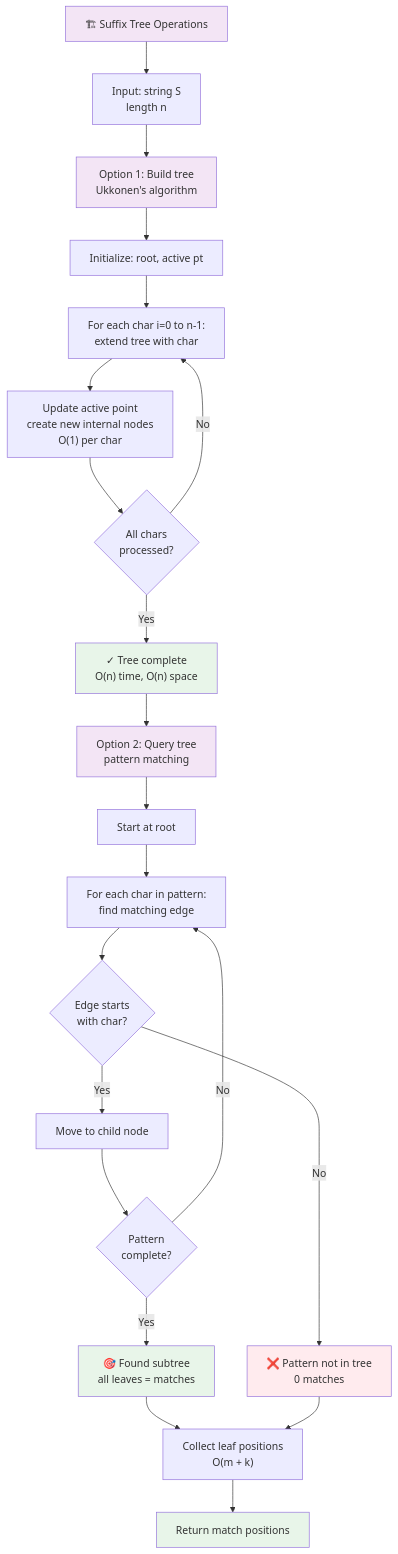
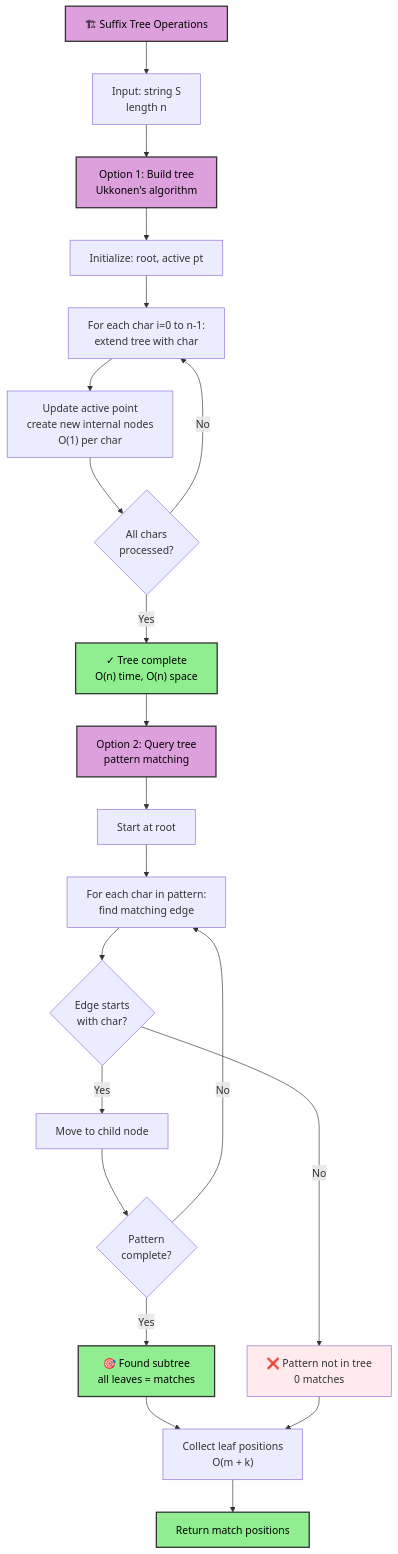
One commit to souradeepta/interviewprep changed the third of 4 diagrams in docs/advanced_ds/suffix_tree.md. Above: the diagram before and after it, drawn with Mermaid. The commit also changed other lines of this file and 31 other files, not shown here.

Commit message:
updated graphs

````diff
--- a/docs/advanced_ds/suffix_tree.md
+++ b/docs/advanced_ds/suffix_tree.md
@@ -157,31 +157,31 @@
 ```mermaid
 flowchart TD
     A["🏗 Suffix Tree Operations"] --> B["Input: string S<br/>length n"]
     B --> C["Option 1: Build tree<br/>Ukkonen's algorithm"]
     C --> D["Initialize: root, active pt"]
     D --> E["For each char i=0 to n-1:<br/>extend tree with char"]
     E --> F["Update active point<br/>create new internal nodes<br/>O(1) per char"]
     F --> G{"All chars<br/>processed?"}
     G -->|No| E
     G -->|Yes| H["✓ Tree complete<br/>O(n) time, O(n) space"]
     H --> I["Option 2: Query tree<br/>pattern matching"]
     I --> J["Start at root"]
     J --> K["For each char in pattern:<br/>find matching edge"]
     K --> L{Edge starts<br/>with char?}
     L -->|Yes| M["Move to child node"]
     M --> N{"Pattern<br/>complete?"}
     N -->|No| K
     N -->|Yes| O["🎯 Found subtree<br/>all leaves = matches"]
     L -->|No| P["❌ Pattern not in tree<br/>0 matches"]
     O --> Q["Collect leaf positions<br/>O(m + k)"]
     P --> Q
     Q --> R["Return match positions"]
     
-    style A fill:#f3e5f5
-    style C fill:#f3e5f5
-    style I fill:#f3e5f5
-    style H fill:#e8f5e9
-    style O fill:#e8f5e9
+    style A fill:#dda0dd,color:#000,stroke:#333,stroke-width:2px
+    style C fill:#dda0dd,color:#000,stroke:#333,stroke-width:2px
+    style I fill:#dda0dd,color:#000,stroke:#333,stroke-width:2px
+    style H fill:#90ee90,color:#000,stroke:#333,stroke-width:2px
+    style O fill:#90ee90,color:#000,stroke:#333,stroke-width:2px
     style P fill:#ffebee
-    style R fill:#e8f5e9
+    style R fill:#90ee90,color:#000,stroke:#333,stroke-width:2px
 ```
````
